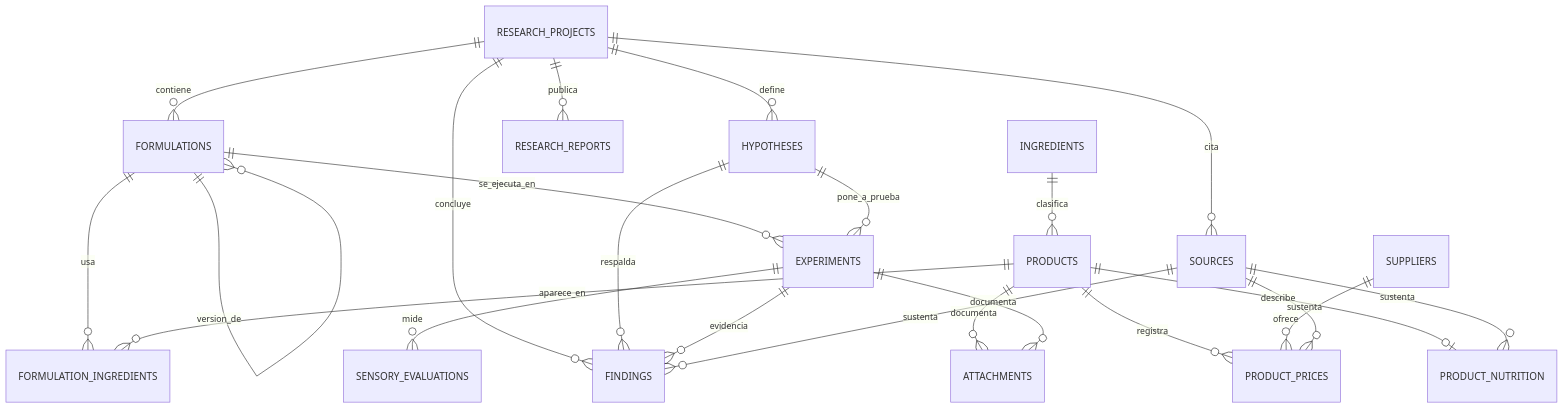
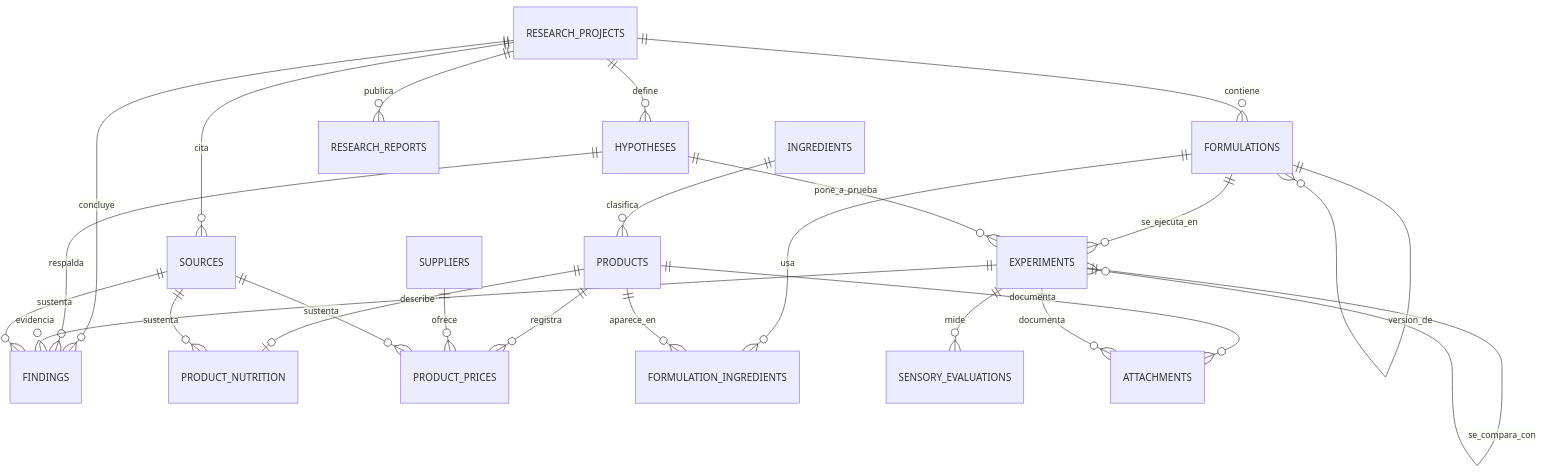
Before and after one commit to catoverhat/research_lab: the diagram in docs/database-design.md, drawn with Mermaid. The commit also changed other lines of this file and 3 other files, not shown here.

````diff
--- a/docs/database-design.md
+++ b/docs/database-design.md
@@ -7,25 +7,26 @@
 ```mermaid
 erDiagram
   RESEARCH_PROJECTS ||--o{ FORMULATIONS : contiene
   RESEARCH_PROJECTS ||--o{ HYPOTHESES : define
   RESEARCH_PROJECTS ||--o{ FINDINGS : concluye
   RESEARCH_PROJECTS ||--o{ RESEARCH_REPORTS : publica
   RESEARCH_PROJECTS ||--o{ SOURCES : cita
   INGREDIENTS ||--o{ PRODUCTS : clasifica
   PRODUCTS ||--o| PRODUCT_NUTRITION : describe
   PRODUCTS ||--o{ PRODUCT_PRICES : registra
   SUPPLIERS ||--o{ PRODUCT_PRICES : ofrece
   FORMULATIONS ||--o{ FORMULATION_INGREDIENTS : usa
   PRODUCTS ||--o{ FORMULATION_INGREDIENTS : aparece_en
   FORMULATIONS ||--o{ FORMULATIONS : version_de
   FORMULATIONS ||--o{ EXPERIMENTS : se_ejecuta_en
   HYPOTHESES ||--o{ EXPERIMENTS : pone_a_prueba
   EXPERIMENTS ||--o{ SENSORY_EVALUATIONS : mide
+  EXPERIMENTS ||--o{ EXPERIMENTS : se_compara_con
   HYPOTHESES ||--o{ FINDINGS : respalda
   EXPERIMENTS ||--o{ FINDINGS : evidencia
   SOURCES ||--o{ FINDINGS : sustenta
   SOURCES ||--o{ PRODUCT_PRICES : sustenta
   SOURCES ||--o{ PRODUCT_NUTRITION : sustenta
   PRODUCTS ||--o{ ATTACHMENTS : documenta
   EXPERIMENTS ||--o{ ATTACHMENTS : documenta
 ```
````
